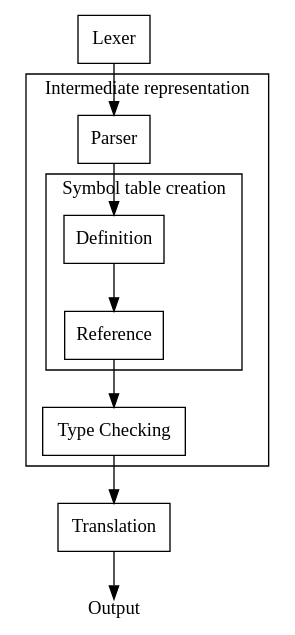
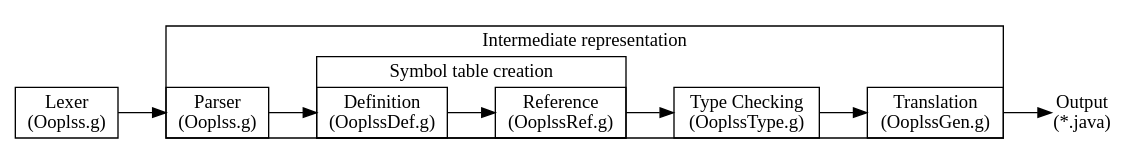
One commit to rubenbaer/ooplss changed the diagram in doc/dot/compilerDesign.dot. Above: the diagram before and after it, drawn with Graphviz. The commit also changed 2 other files, not shown here.

```diff
--- a/doc/dot/compilerDesign.dot
+++ b/doc/dot/compilerDesign.dot
@@ -1,24 +1,25 @@
 digraph CompilerDesign {
-	rankdir = TB
-	A [fontname=LMRoman10,shape=box,label=Lexer]
-	B [fontname=LMRoman10,shape=box,label=Parser]
-	C [fontname=LMRoman10,shape=box,label=Definition]
-	D [fontname=LMRoman10,shape=box,label=Reference]
-	E [fontname=LMRoman10,shape=box,label="Type Checking"]
-	F [fontname=LMRoman10,shape=box,label=Translation]
-	G [fontname=LMRoman10,shape=plain,label=Output]
+	rankdir = LR
+	margin=0
+	A [fontname=LMRoman10,shape=box,label="Lexer\n(Ooplss.g)"]
+	B [fontname=LMRoman10,shape=box,label="Parser\n(Ooplss.g)"]
+	C [fontname=LMRoman10,shape=box,label="Definition\n(OoplssDef.g)"]
+	D [fontname=LMRoman10,shape=box,label="Reference\n(OoplssRef.g)"]
+	E [fontname=LMRoman10,shape=box,label="Type Checking\n(OoplssType.g)"]
+	F [fontname=LMRoman10,shape=box,label="Translation\n(OoplssGen.g)"]
+	G [fontname=LMRoman10,shape=plain,label="Output\n(*.java)"]
 	A -> B
 	subgraph cluster0 {
 		label = "Intermediate representation"
 		fontname=LMRoman10
 		B -> C
 		subgraph cluster1 {
 			fontname=LMRoman10
 			label = "Symbol table creation"
 			C -> D
 		}
 		D -> E
+		E -> F
 	}
-	E -> F
 	F -> G
 }
```
